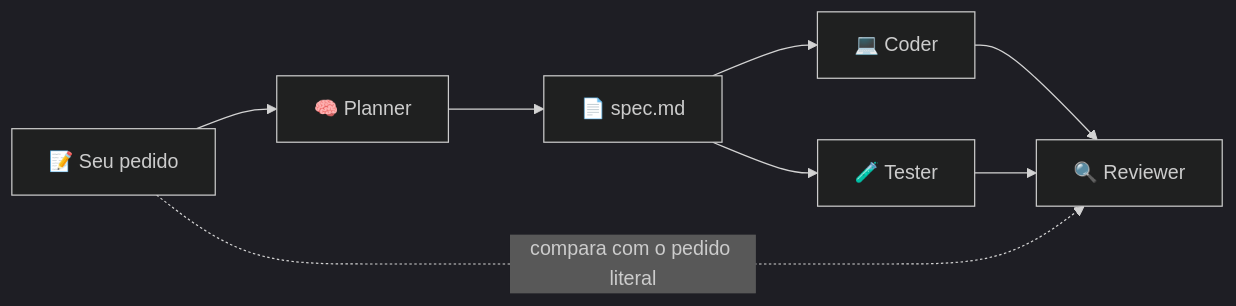
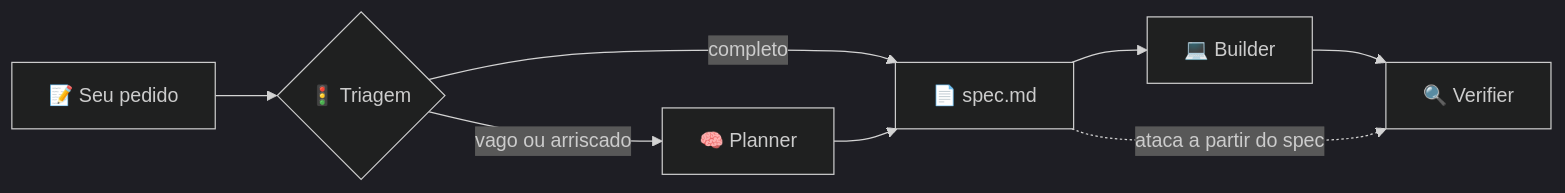
Before and after one commit to Carloscavalcante97/pipeline-Claude: the first of 3 diagrams in TUTORIAL.md, drawn with Mermaid (dark theme). The commit also changed other lines of this file and 1 other file, not shown here.

Commit message:
docs: describe the two-agent pipeline and how it came from eight

````diff
--- a/TUTORIAL.md
+++ b/TUTORIAL.md
@@ -37,10 +37,10 @@
 ```mermaid
 flowchart LR
-    P["📝 Seu pedido"] --> PL["🧠 Planner"]
-    PL --> S["📄 spec.md"]
-    S --> C["💻 Coder"]
-    S --> T["🧪 Tester"]
-    C --> R["🔍 Reviewer"]
-    T --> R
-    P -. "compara com o pedido literal" .-> R
+    P["📝 Seu pedido"] --> TR{"🚦 Triagem"}
+    TR -- "completo" --> S["📄 spec.md"]
+    TR -- "vago ou arriscado" --> PL["🧠 Planner"]
+    PL --> S
+    S --> B["💻 Builder"]
+    B --> V["🔍 Verifier"]
+    S -. "ataca a partir do spec" .-> V
 ```
````
